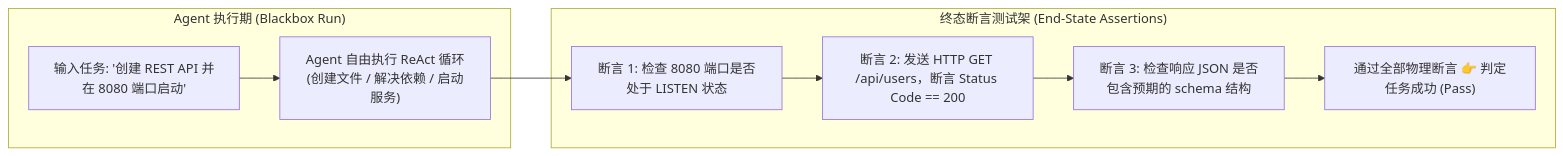
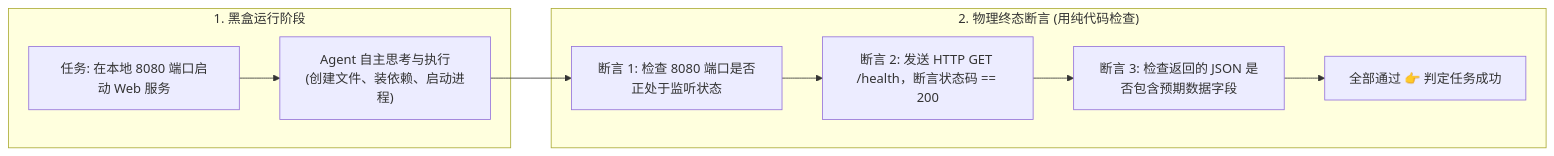
The second of 2 diagrams in app/ch07-evaluation/01-evaluation-crisis-and-end-state/page.mdx (ljh12138164/ai-agent-study), drawn with Mermaid before and after one commit. The commit also changed other lines of this file and 43 other files, not shown here.

````diff
--- a/app/ch07-evaluation/01-evaluation-crisis-and-end-state/page.mdx
+++ b/app/ch07-evaluation/01-evaluation-crisis-and-end-state/page.mdx
@@ -42,13 +30,13 @@
 ```mermaid
-graph LR
-    subgraph Execution["Agent 执行期 (Blackbox Run)"]
-        Task["输入任务: '创建 REST API 并在 8080 端口启动'"] --> AgentAction["Agent 自由执行 ReAct 循环<br/>(创建文件 / 解决依赖 / 启动服务)"]
+flowchart LR
+    subgraph Run["1. 黑盒运行阶段"]
+        In["任务: 在本地 8080 端口启动 Web 服务"] --> Loop["Agent 自主思考与执行<br/>(创建文件、装依赖、启动进程)"]
     end
-    
-    subgraph AssertionHarness["终态断言测试架 (End-State Assertions)"]
-        AgentAction --> A1["断言 1: 检查 8080 端口是否处于 LISTEN 状态"]
-        A1 --> A2["断言 2: 发送 HTTP GET /api/users，断言 Status Code == 200"]
-        A2 --> A3["断言 3: 检查响应 JSON 是否包含预期的 schema 结构"]
-        A3 --> FinalScore["通过全部物理断言 👉 判定任务成功 (Pass)"]
+
+    subgraph Check["2. 物理终态断言 (用纯代码检查)"]
+        Loop --> A1["断言 1: 检查 8080 端口是否正处于监听状态"]
+        A1 --> A2["断言 2: 发送 HTTP GET /health，断言状态码 == 200"]
+        A2 --> A3["断言 3: 检查返回的 JSON 是否包含预期数据字段"]
+        A3 --> Pass["全部通过 👉 判定任务成功"]
     end
 ```
````
